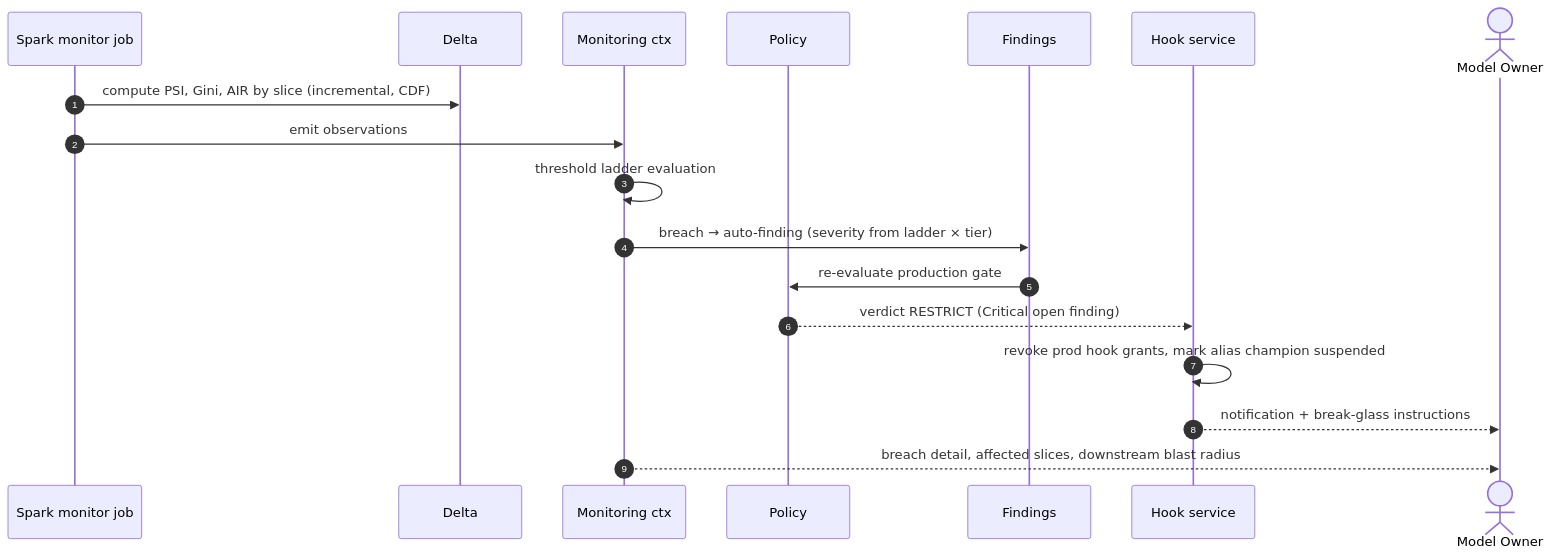
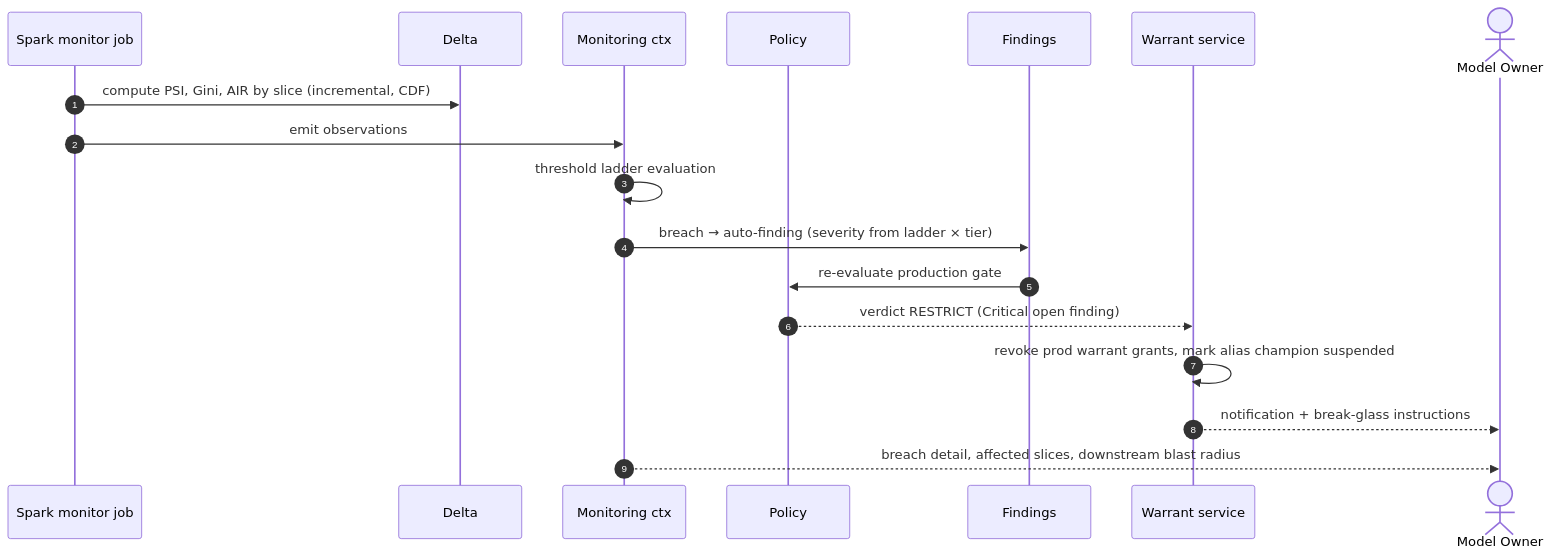
One commit to ajsinha/maya changed the tenth of 11 diagrams in docs/04-architecture.md. Above: the diagram before and after it, drawn with Mermaid. The commit also changed other lines of this file and 50 other files, not shown here.

````diff
--- a/docs/04-architecture.md
+++ b/docs/04-architecture.md
@@ -909,21 +909,21 @@
 ```mermaid
 sequenceDiagram
     autonumber
     participant SP as Spark monitor job
     participant DL as Delta
     participant MON as Monitoring ctx
     participant POL as Policy
     participant VAL as Findings
-    participant HK as Hook service
+    participant HK as Warrant service
     actor OWN as Model Owner
 
     SP->>DL: compute PSI, Gini, AIR by slice (incremental, CDF)
     SP->>MON: emit observations
     MON->>MON: threshold ladder evaluation
     MON->>VAL: breach → auto-finding (severity from ladder × tier)
     VAL->>POL: re-evaluate production gate
     POL-->>HK: verdict RESTRICT (Critical open finding)
-    HK->>HK: revoke prod hook grants, mark alias champion suspended
+    HK->>HK: revoke prod warrant grants, mark alias champion suspended
     HK-->>OWN: notification + break-glass instructions
     MON-->>OWN: breach detail, affected slices, downstream blast radius
 ```
````
